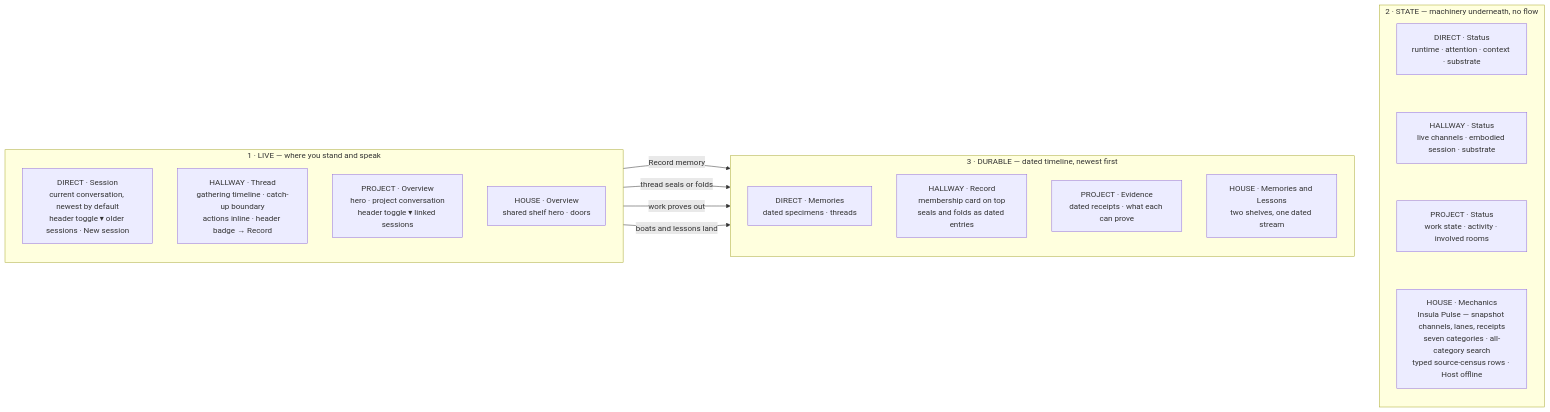
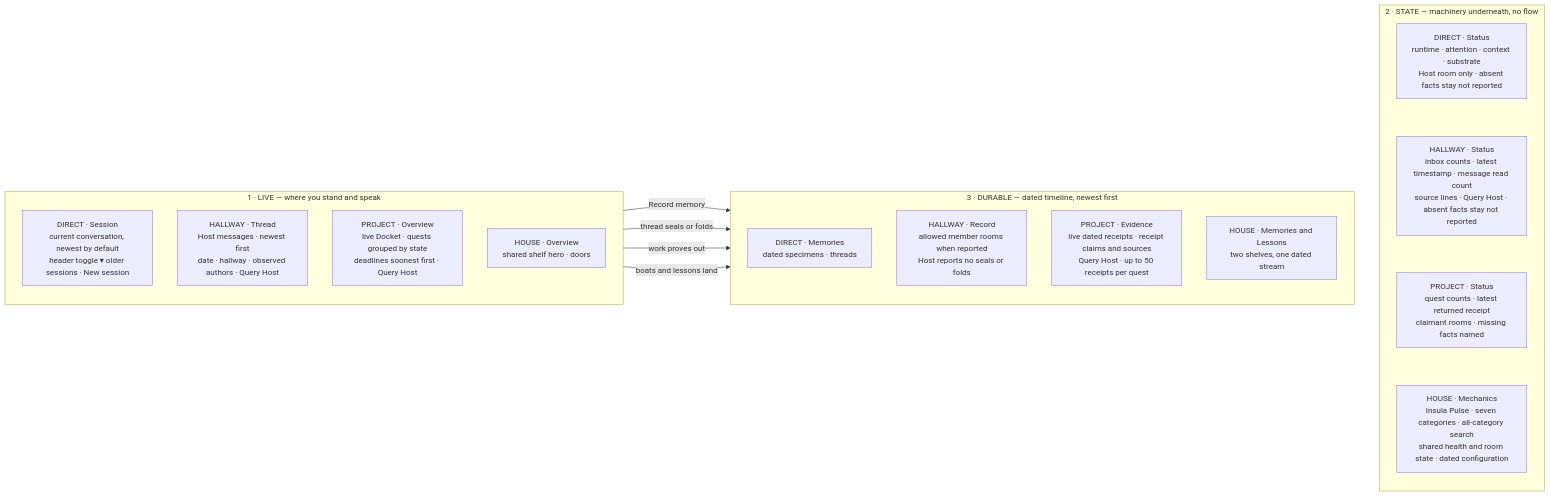
The second of 2 diagrams in gui-prototype/NAVIGATION_MAP.md (solarisael/the-athanor), drawn with Mermaid before and after one commit. The commit also changed other lines of this file and 96 other files, not shown here.

````diff
--- a/gui-prototype/NAVIGATION_MAP.md
+++ b/gui-prototype/NAVIGATION_MAP.md
@@ -46,37 +46,37 @@
 ```mermaid
 flowchart LR
 
 subgraph LIVE["1 · LIVE — where you stand and speak"]
   direction TB
   dLive["DIRECT · Session<br>current conversation, newest by default<br>header toggle ▾ older sessions · New session"]
-  hLive["HALLWAY · Thread<br>gathering timeline · catch-up boundary<br>actions inline · header badge → Record"]
-  pLive["PROJECT · Overview<br>hero · project conversation<br>header toggle ▾ linked sessions"]
+  hLive["HALLWAY · Thread<br>Host messages · newest first<br>date · hallway · observed authors · Query Host"]
+  pLive["PROJECT · Overview<br>live Docket · quests grouped by state<br>deadlines soonest first · Query Host"]
   houseLive["HOUSE · Overview<br>shared shelf hero · doors"]
 end
 
 subgraph DUR["3 · DURABLE — dated timeline, newest first"]
   direction TB
   dDur["DIRECT · Memories<br>dated specimens · threads"]
-  hDur["HALLWAY · Record<br>membership card on top<br>seals and folds as dated entries"]
-  pDur["PROJECT · Evidence<br>dated receipts · what each can prove"]
+  hDur["HALLWAY · Record<br>allowed member rooms when reported<br>Host reports no seals or folds"]
+  pDur["PROJECT · Evidence<br>live dated receipts · receipt claims and sources<br>Query Host · up to 50 receipts per quest"]
   houseDur["HOUSE · Memories and Lessons<br>two shelves, one dated stream"]
 end
 
 subgraph STATE["2 · STATE — machinery underneath, no flow"]
   direction TB
-  dState["DIRECT · Status<br>runtime · attention · context · substrate"]
-  hState["HALLWAY · Status<br>live channels · embodied session · substrate"]
-  pState["PROJECT · Status<br>work state · activity · involved rooms"]
-  houseState["HOUSE · Mechanics<br>Insula Pulse — snapshot channels, lanes, receipts<br>seven categories · all-category search<br>typed source-census rows · Host offline"]
+  dState["DIRECT · Status<br>runtime · attention · context · substrate<br>Host room only · absent facts stay not reported"]
+  hState["HALLWAY · Status<br>inbox counts · latest timestamp · message read count<br>source lines · Query Host · absent facts stay not reported"]
+  pState["PROJECT · Status<br>quest counts · latest returned receipt<br>claimant rooms · missing facts named"]
+  houseState["HOUSE · Mechanics<br>Insula Pulse · seven categories · all-category search<br>shared health and room state · dated configuration"]
 end
 
 dState ~~~ hState ~~~ pState ~~~ houseState
 
 dLive -->|"Record memory"| dDur
 hLive -->|"thread seals or folds"| hDur
 pLive -->|"work proves out"| pDur
 houseLive -->|"boats and lessons land"| houseDur
 
 LIVE ~~~ DUR
 DUR ~~~ STATE
 ```
````
